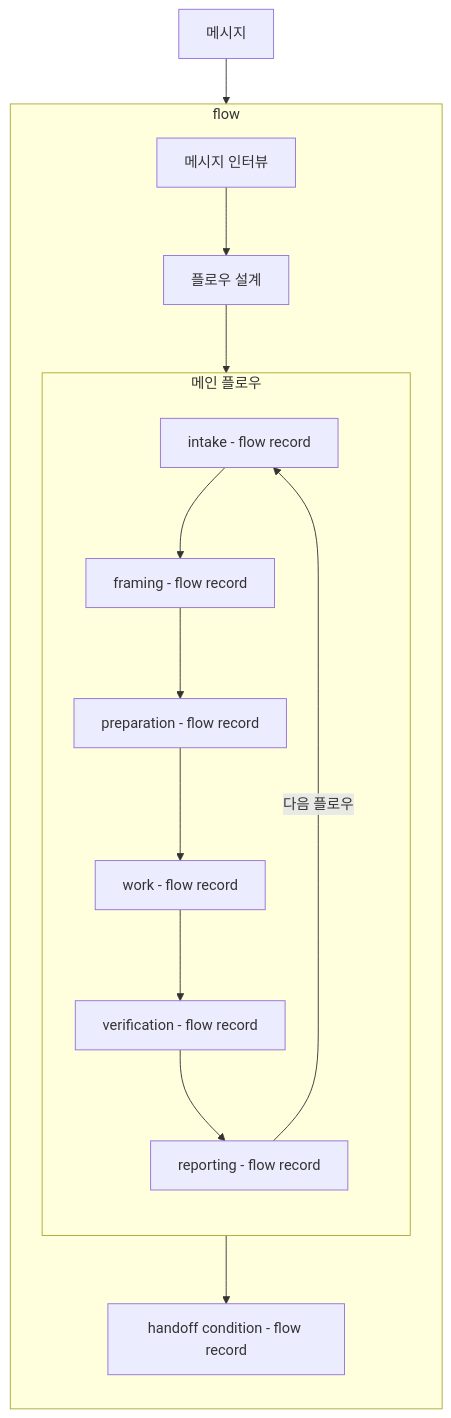
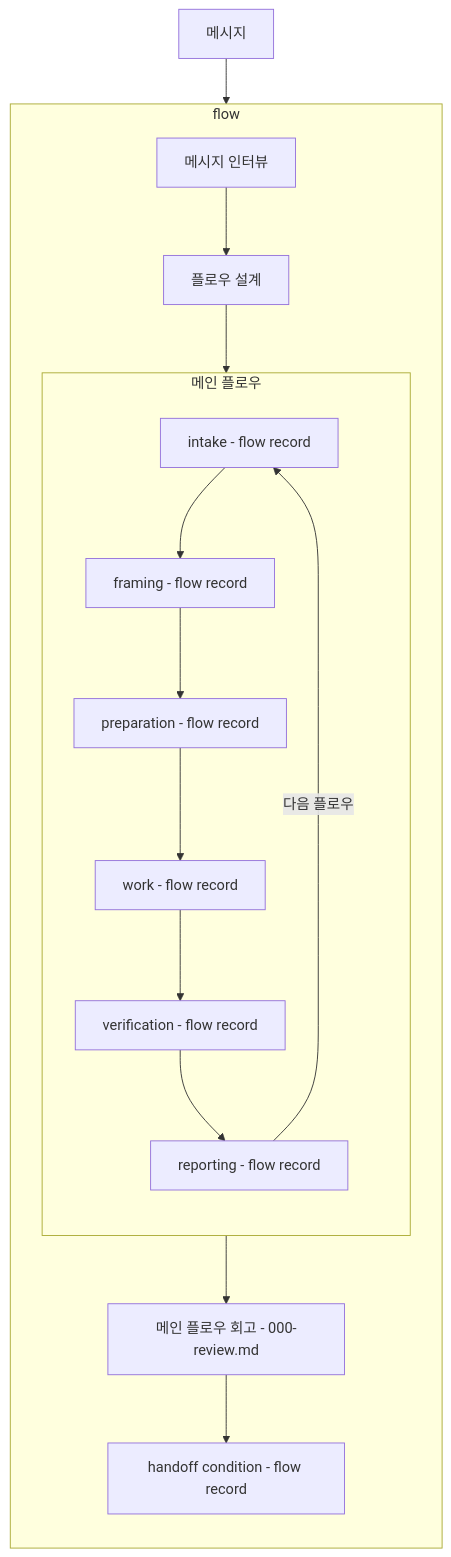
One commit to opnay/agent-plugins changed the first of 3 diagrams in src/loop-kit-dev/specs/skills/flow/intent.md. Above: the diagram before and after it, drawn with Mermaid. The commit also changed other lines of this file and 8 other files, not shown here.

First line of the commit message:
docs: align flow review handoff timing

````diff
--- a/src/loop-kit-dev/specs/skills/flow/intent.md
+++ b/src/loop-kit-dev/specs/skills/flow/intent.md
@@ -5,22 +5,23 @@
 ```mermaid
 graph TD
   MESSAGE[메시지] --> INTERVIEW
 
   subgraph FLOW[flow]
     direction TB
     INTERVIEW[메시지 인터뷰] --> DESIGN[플로우 설계]
     DESIGN --> MAIN
 
     subgraph MAIN[메인 플로우]
       direction TB
       INTAKE[intake - flow record] --> FRAMING[framing - flow record]
       FRAMING --> PREP[preparation - flow record]
       PREP --> WORK[work - flow record]
       WORK --> VERIFY[verification - flow record]
       VERIFY --> REPORT[reporting - flow record]
+      REPORT -->|다음 플로우| INTAKE
     end
 
-    REPORT -->|다음 플로우| INTAKE
-    MAIN --> HANDOFF[handoff condition - flow record]
+    MAIN --> REVIEW[메인 플로우 회고 - 000-review.md]
+    REVIEW --> HANDOFF[handoff condition - flow record]
   end
 ```
````
